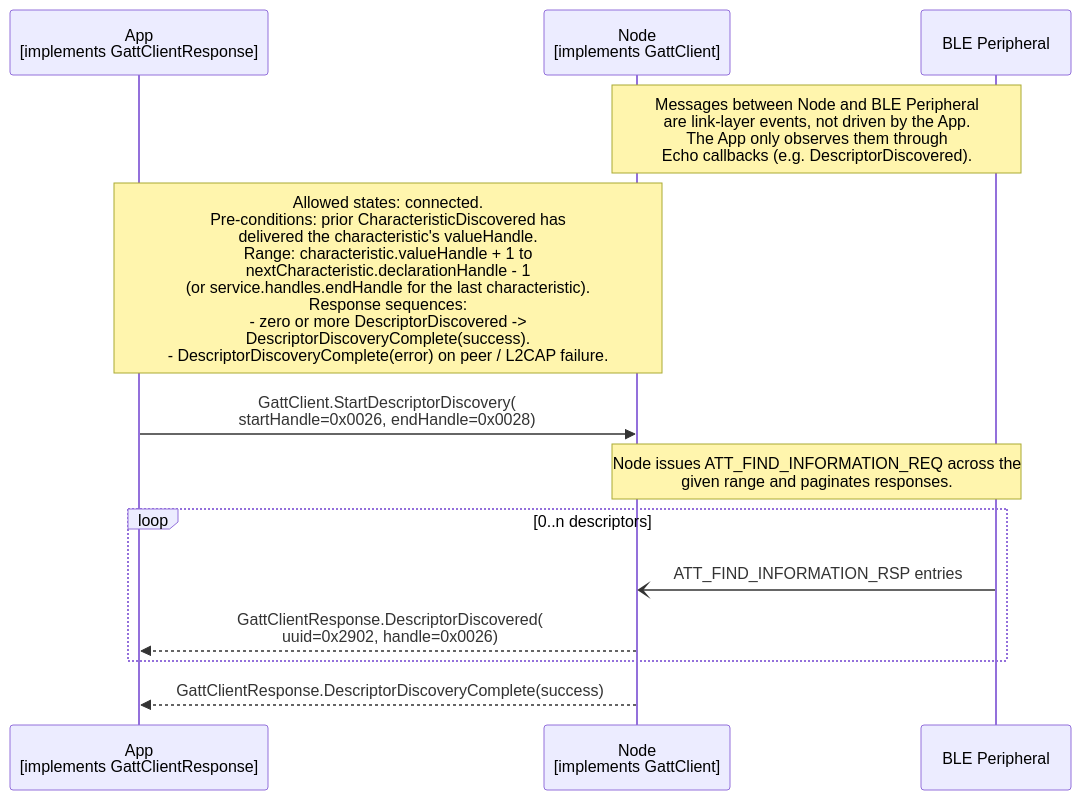
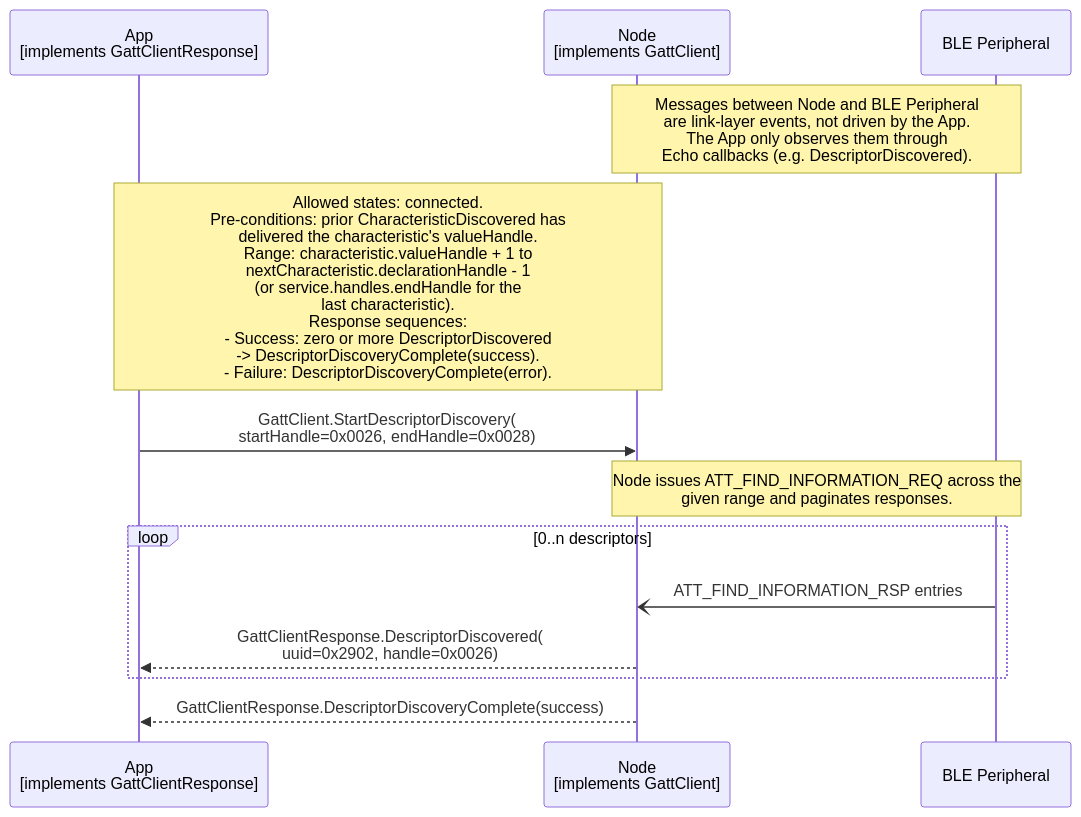
The diagram in documents/modules/ROOT/partials/echoservices/gatt_client/GattClient_StartDescriptorDiscovery_sequence.mmd (philips-software/amp-embedded-infra-lib), drawn with Mermaid before and after one commit. The commit also changed 12 other files, not shown here.

```diff
--- a/documents/modules/ROOT/partials/echoservices/gatt_client/GattClient_StartDescriptorDiscovery_sequence.mmd
+++ b/documents/modules/ROOT/partials/echoservices/gatt_client/GattClient_StartDescriptorDiscovery_sequence.mmd
@@ -1,15 +1,15 @@
 sequenceDiagram
     participant App as App<br>[implements GattClientResponse]
     participant Node as Node<br>[implements GattClient]
     participant Peripheral as BLE Peripheral
 
     Note over Node, Peripheral: Messages between Node and BLE Peripheral<br>are link-layer events, not driven by the App.<br>The App only observes them through<br>Echo callbacks (e.g. DescriptorDiscovered).
-    Note over App, Node: Allowed states: connected.<br>Pre-conditions: prior CharacteristicDiscovered has<br>delivered the characteristic's valueHandle.<br>Range: characteristic.valueHandle + 1 to<br>nextCharacteristic.declarationHandle - 1<br>(or service.handles.endHandle for the last characteristic).<br>Response sequences:<br>- zero or more DescriptorDiscovered -><br>  DescriptorDiscoveryComplete(success).<br>- DescriptorDiscoveryComplete(error) on peer / L2CAP failure.
+    Note over App, Node: Allowed states: connected.<br>Pre-conditions: prior CharacteristicDiscovered has<br>delivered the characteristic's valueHandle.<br>Range: characteristic.valueHandle + 1 to<br>nextCharacteristic.declarationHandle - 1<br>(or service.handles.endHandle for the<br>last characteristic).<br>Response sequences:<br>- Success: zero or more DescriptorDiscovered<br>  -> DescriptorDiscoveryComplete(success).<br>- Failure: DescriptorDiscoveryComplete(error).
 
     App->>Node: GattClient.StartDescriptorDiscovery(<br>startHandle=0x0026, endHandle=0x0028)
     Note over Node, Peripheral: Node issues ATT_FIND_INFORMATION_REQ across the<br>given range and paginates responses.
     loop 0..n descriptors
         Peripheral-)Node: ATT_FIND_INFORMATION_RSP entries
         Node-->>App: GattClientResponse.DescriptorDiscovered(<br>uuid=0x2902, handle=0x0026)
     end
     Node-->>App: GattClientResponse.DescriptorDiscoveryComplete(success)
```
